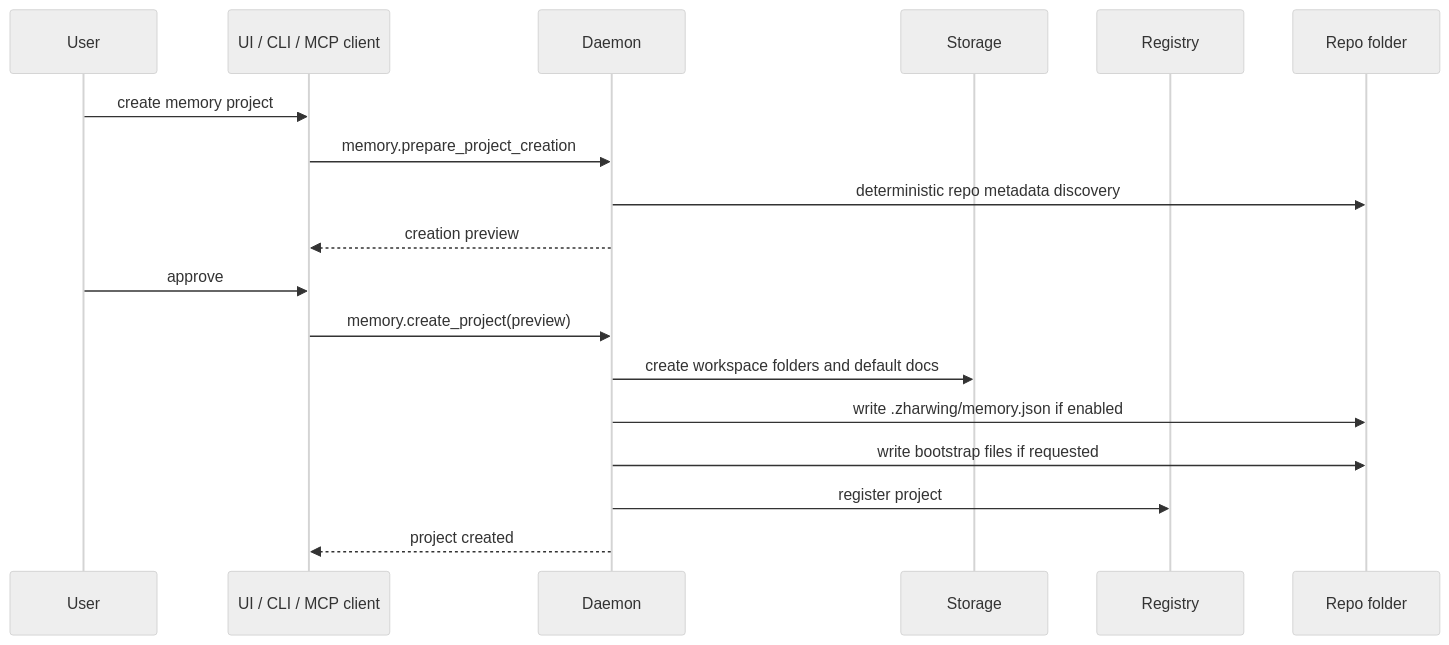
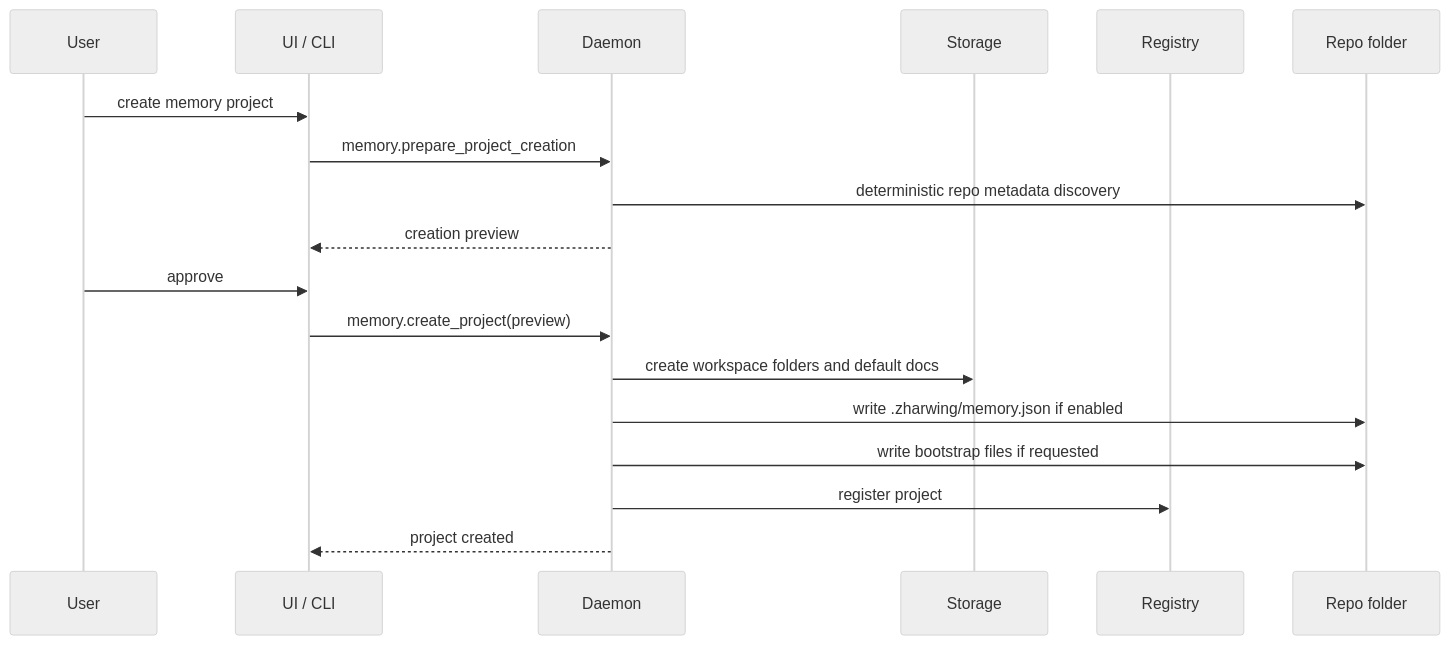
The seventh of 21 diagrams in docs/DIAGRAMS.md (zharwing/memory), drawn with Mermaid (neutral theme) before and after one commit. The commit also changed other lines of this file and 73 other files, not shown here.

````diff
--- a/docs/DIAGRAMS.md
+++ b/docs/DIAGRAMS.md
@@ -317,21 +317,21 @@
 ```mermaid
 sequenceDiagram
   participant User as User
-  participant Client as UI / CLI / MCP client
+  participant Client as UI / CLI
   participant Daemon as Daemon
   participant Storage as Storage
   participant Registry as Registry
   participant Repo as Repo folder
 
   User->>Client: create memory project
   Client->>Daemon: memory.prepare_project_creation
   Daemon->>Repo: deterministic repo metadata discovery
   Daemon-->>Client: creation preview
   User->>Client: approve
   Client->>Daemon: memory.create_project(preview)
   Daemon->>Storage: create workspace folders and default docs
   Daemon->>Repo: write .zharwing/memory.json if enabled
   Daemon->>Repo: write bootstrap files if requested
   Daemon->>Registry: register project
   Daemon-->>Client: project created
 ```
````
